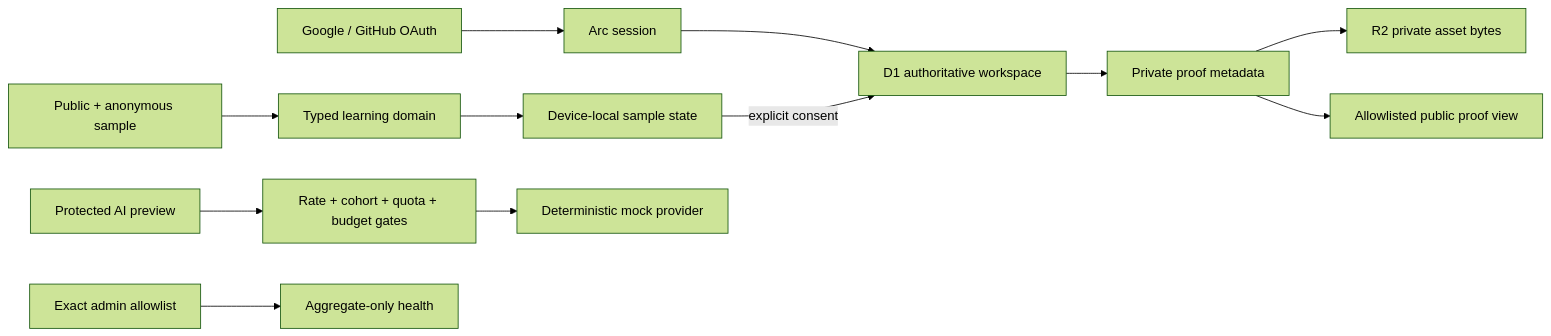
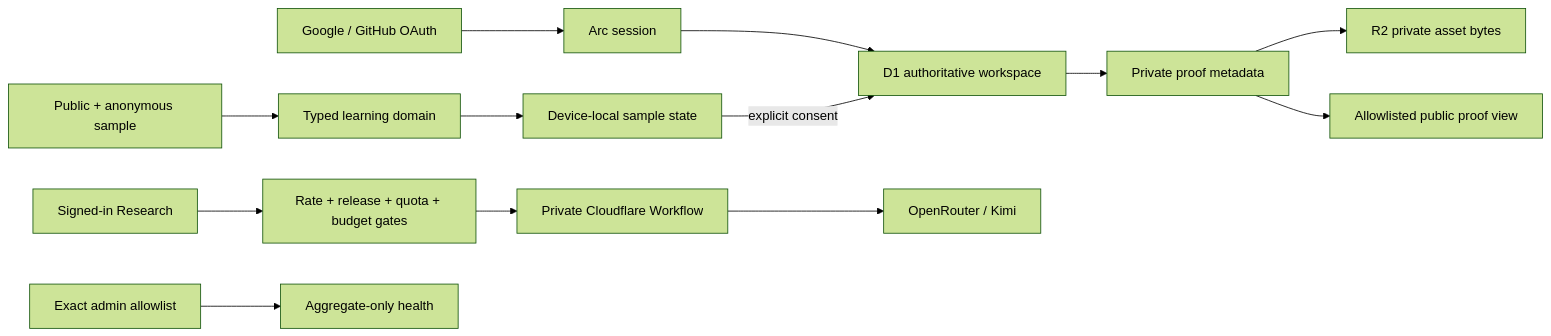
The diagram in README.md (Earorua/arc), drawn with Mermaid (forest theme) before and after one commit. The commit also changed other lines of this file and 14 other files, not shown here.

````diff
--- a/README.md
+++ b/README.md
@@ -56,14 +62,15 @@
 ```mermaid
 flowchart LR
     A[Public + anonymous sample] --> B[Typed learning domain]
     B --> C[Device-local sample state]
     D[Google / GitHub OAuth] --> E[Arc session]
     E --> F[D1 authoritative workspace]
     C -->|explicit consent| F
     F --> G[Private proof metadata]
     G --> H[R2 private asset bytes]
     G --> I[Allowlisted public proof view]
-    J[Protected AI preview] --> K[Rate + cohort + quota + budget gates]
-    K --> L[Deterministic mock provider]
+    J[Signed-in Research] --> K[Rate + release + quota + budget gates]
+    K --> L[Private Cloudflare Workflow]
+    L --> O[OpenRouter / Kimi]
     M[Exact admin allowlist] --> N[Aggregate-only health]
 ```
````
